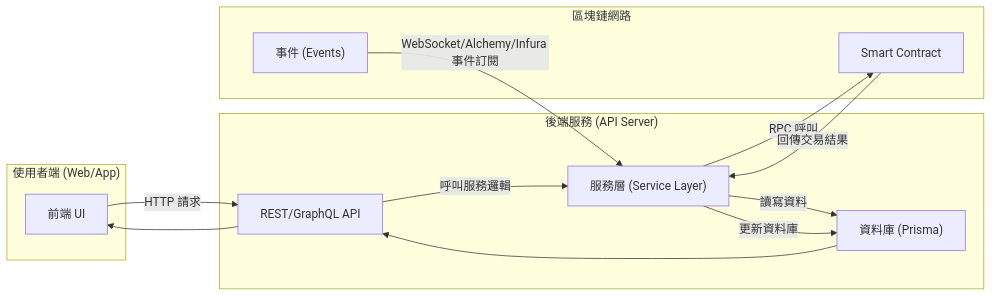
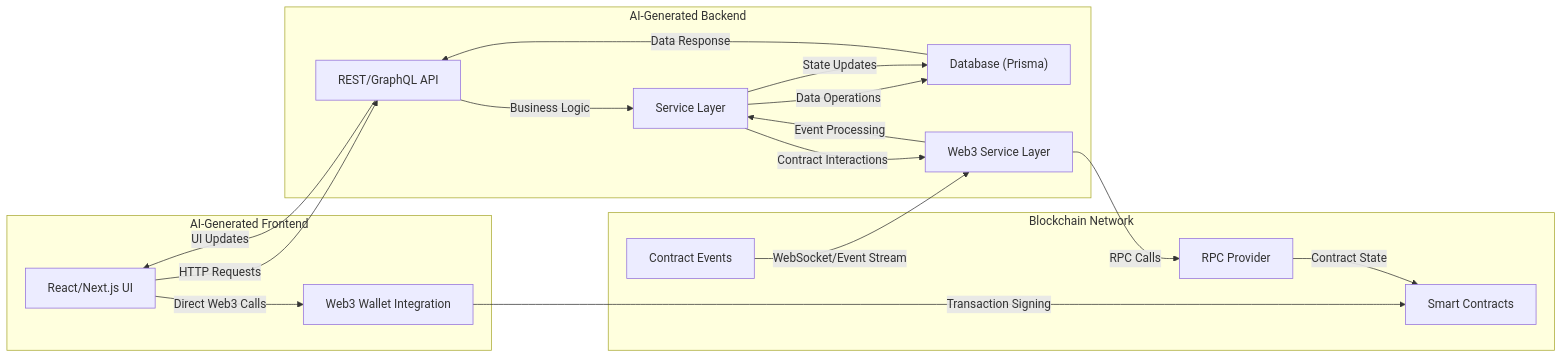
One commit to awkns-projects/rom-ai changed the fifth of 7 diagrams in designDoc/Web3SpecificFlow.md. Above: the diagram before and after it, drawn with Mermaid. The commit also changed other lines of this file, not shown here.

Commit message:
draft for web3 specified design - 2

````diff
--- a/designDoc/Web3SpecificFlow.md
+++ b/designDoc/Web3SpecificFlow.md
@@ -68,26 +457,34 @@
 ```mermaid
 flowchart LR
-    subgraph Client["使用者端 (Web/App)"]
-        UI["前端 UI"]
+    subgraph Client["AI-Generated Frontend"]
+        UI["React/Next.js UI"]
+        Wallet["Web3 Wallet Integration"]
     end
 
-    subgraph Backend["後端服務 (API Server)"]
+    subgraph Backend["AI-Generated Backend"]
         API["REST/GraphQL API"]
-        Service["服務層 (Service Layer)"]
-        DB["資料庫 (Prisma)"]
+        Service["Service Layer"]
+        DB["Database (Prisma)"]
+        Web3Service["Web3 Service Layer"]
     end
 
-    subgraph Blockchain["區塊鏈網路"]
-        SC["Smart Contract"]
-        Event["事件 (Events)"]
+    subgraph Blockchain["Blockchain Network"]
+        SC["Smart Contracts"]
+        Event["Contract Events"]
+        RPC["RPC Provider"]
     end
 
-    UI -->|HTTP 請求| API
-    API -->|呼叫服務邏輯| Service
-    Service -->|讀寫資料| DB
-    Service -->|RPC 呼叫| SC
-    SC -->|回傳交易結果| Service
-    Event -->|WebSocket/Alchemy/Infura 事件訂閱| Service
-    Service -->|更新資料庫| DB
-    DB --> API --> UI
+    UI -->|HTTP Requests| API
+    UI -->|Direct Web3 Calls| Wallet
+    Wallet -->|Transaction Signing| SC
+    API -->|Business Logic| Service
+    Service -->|Data Operations| DB
+    Service -->|Contract Interactions| Web3Service
+    Web3Service -->|RPC Calls| RPC
+    RPC -->|Contract State| SC
+    Event -->|WebSocket/Event Stream| Web3Service
+    Web3Service -->|Event Processing| Service
+    Service -->|State Updates| DB
+    DB -->|Data Response| API
+    API -->|UI Updates| UI
 ```
````
